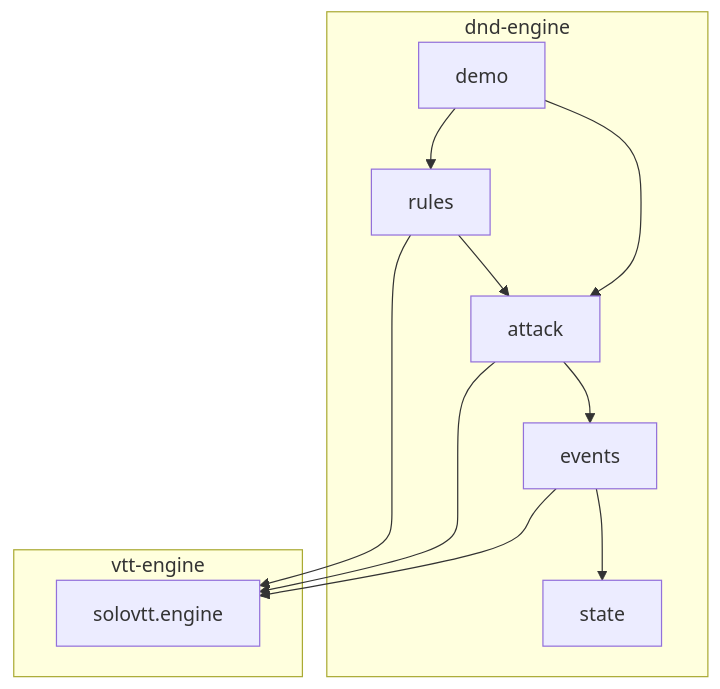
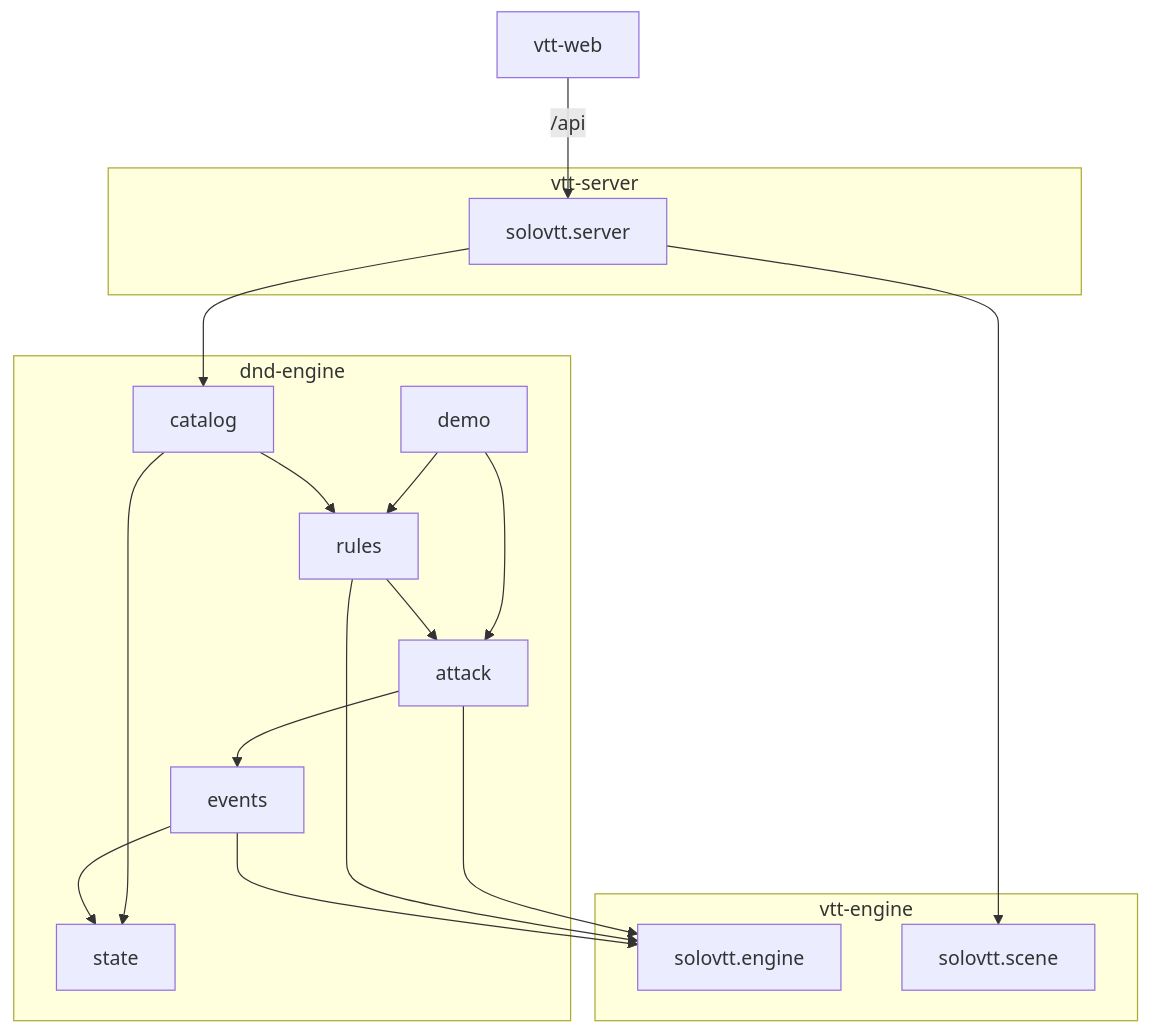
One commit to cyrilhouillon/solo-vtt changed the diagram in aidd_docs/memory/codebase-map.md. Above: the diagram before and after it, drawn with Mermaid. The commit also changed other lines of this file and 8 other files, not shown here.

````diff
--- a/aidd_docs/memory/codebase-map.md
+++ b/aidd_docs/memory/codebase-map.md
@@ -3,16 +3,25 @@
 ```mermaid
 flowchart TD
   subgraph dnd-engine
     demo --> attack
     demo --> rules
+    catalog --> rules
+    catalog --> state
     rules --> attack
     attack --> events
     events --> state
   end
   subgraph vtt-engine
     engine["solovtt.engine"]
+    scene["solovtt.scene"]
   end
+  subgraph vtt-server
+    server["solovtt.server"]
+  end
+  web["vtt-web"] -- "/api" --> server
+  server --> catalog
+  server --> scene
   attack --> engine
   rules --> engine
   events --> engine
 ```
````
